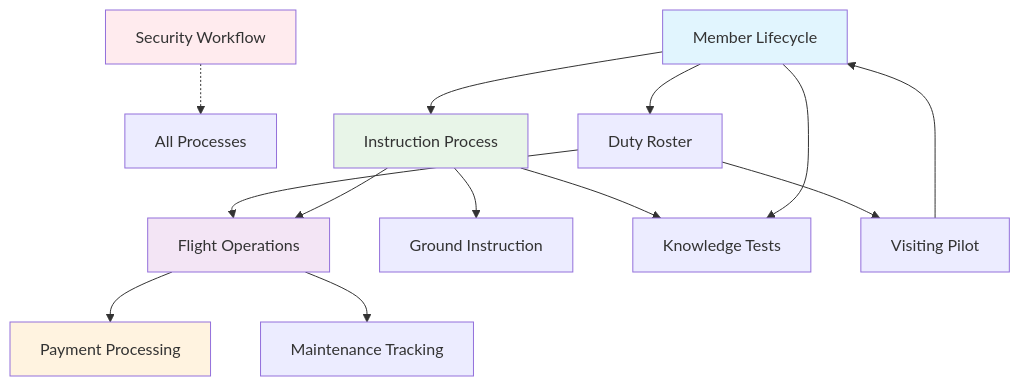
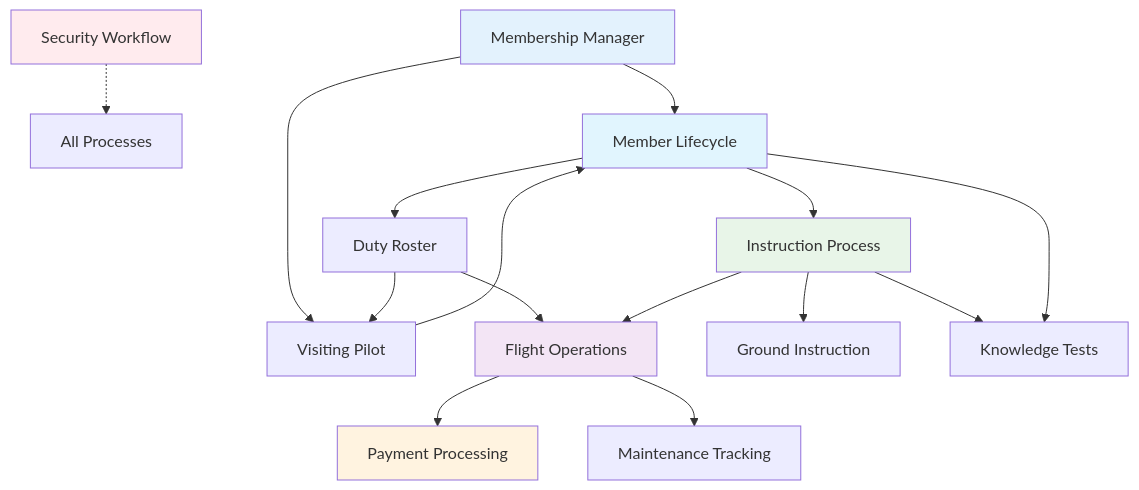
The diagram in docs/workflows/README.md (pietbarber/Manage2Soar), drawn with Mermaid before and after one commit. The commit also changed other lines of this file and 1 other file, not shown here.

Commit message:
Create Membership Manager Workflow Documentation Fixes #188

````diff
--- a/docs/workflows/README.md
+++ b/docs/workflows/README.md
@@ -45,21 +46,24 @@
 ```mermaid
 graph TB
     Security[Security Workflow] -.-> All[All Processes]
-    Member[Member Lifecycle] --> Duty[Duty Roster]
+    MembershipMgr[Membership Manager] --> Member[Member Lifecycle]
+    MembershipMgr --> Visiting[Visiting Pilot]
+    Member --> Duty[Duty Roster]
     Member --> Instruction[Instruction Process]
     Duty --> Logsheet[Flight Operations]
     Instruction --> Logsheet
     Logsheet --> Payment[Payment Processing]
     Logsheet --> Maintenance[Maintenance Tracking]
     Instruction --> Ground[Ground Instruction]
     Instruction --> Knowledge[Knowledge Tests]
     Member --> Knowledge
-    Visiting[Visiting Pilot] --> Member
+    Visiting --> Member
     Duty --> Visiting
 
+    style MembershipMgr fill:#e3f2fd
     style Member fill:#e1f5fe
     style Logsheet fill:#f3e5f5
     style Instruction fill:#e8f5e8
     style Payment fill:#fff3e0
     style Security fill:#ffebee
 ```
````
